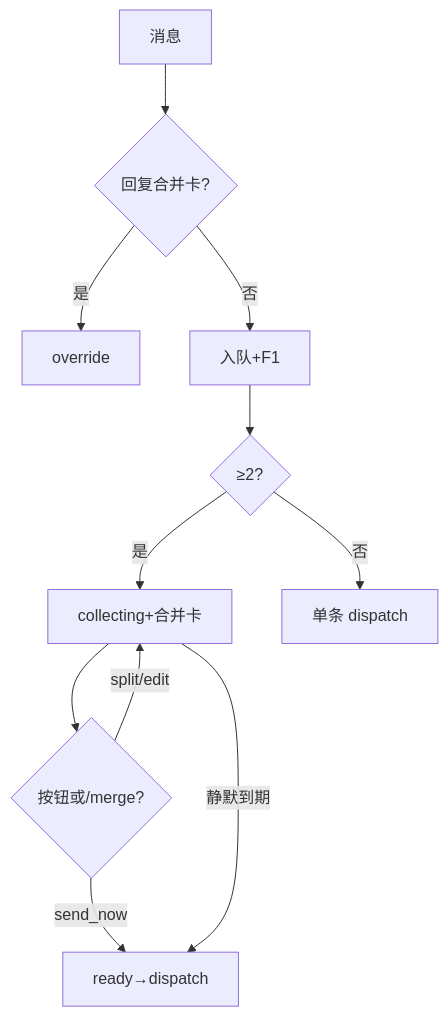
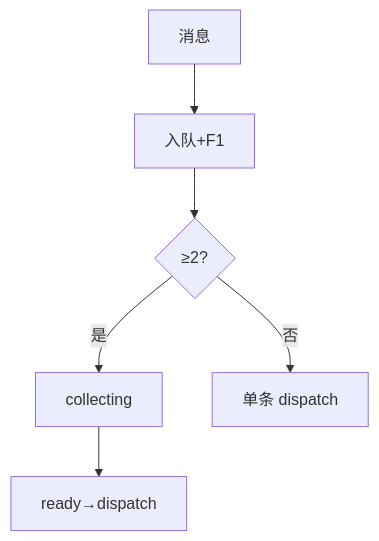
Before and after one commit to suveng/cursor-claw: the second of 2 diagrams in knowledge/业务域/消息桥接/01-概览.md, drawn with Mermaid. The commit also changed other lines of this file and 42 other files, not shown here.

````diff
--- a/knowledge/业务域/消息桥接/01-概览.md
+++ b/knowledge/业务域/消息桥接/01-概览.md
@@ -28,13 +38,8 @@
 ```mermaid
 flowchart TD
-  IN[消息] --> F3{回复合并卡?}
-  F3 -->|是| MOD[override]
-  F3 -->|否| ENQ[入队+F1]
+  IN[消息] --> ENQ[入队+F1]
   ENQ --> MB{≥2?}
-  MB -->|是| COL[collecting+合并卡]
-  COL --> CTRL{按钮或/merge?}
-  CTRL -->|send_now| RDY[ready→dispatch]
-  CTRL -->|split/edit| COL
-  COL -->|静默到期| RDY
+  MB -->|是| COL[collecting]
+  COL --> RDY[ready→dispatch]
   MB -->|否| D1[单条 dispatch]
 ```
````
